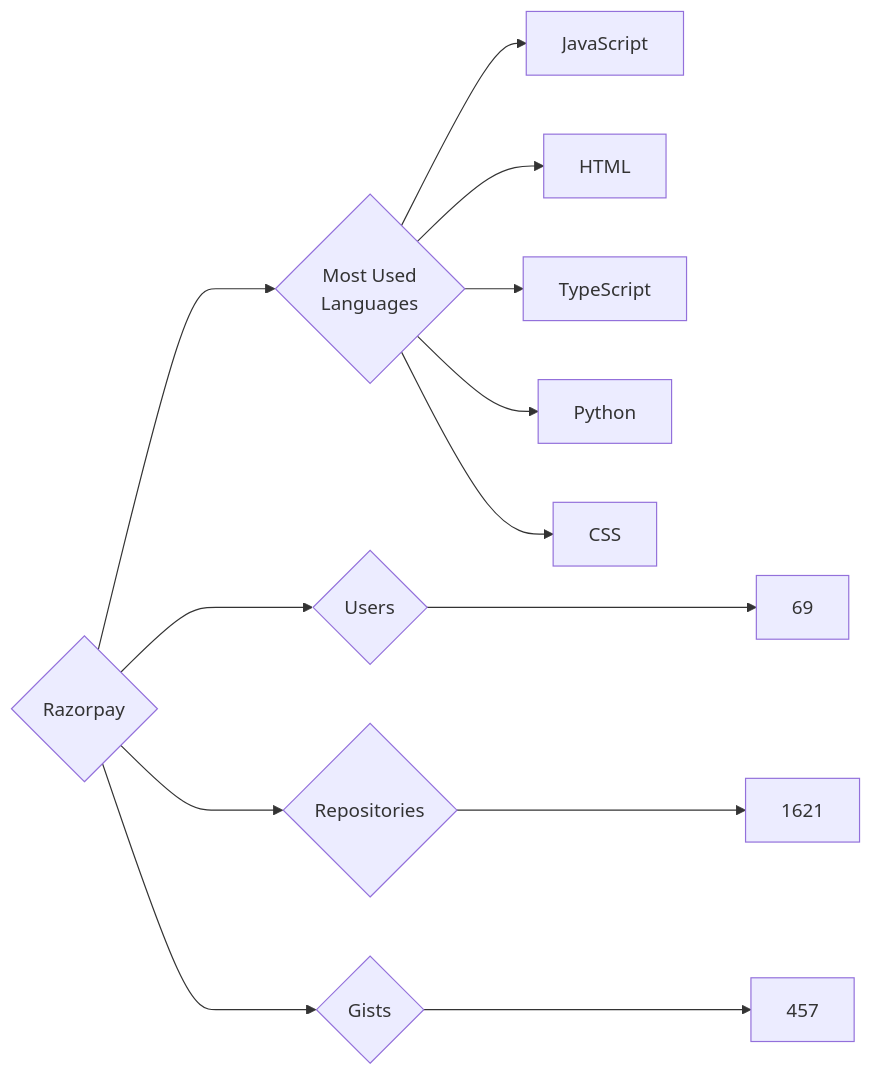
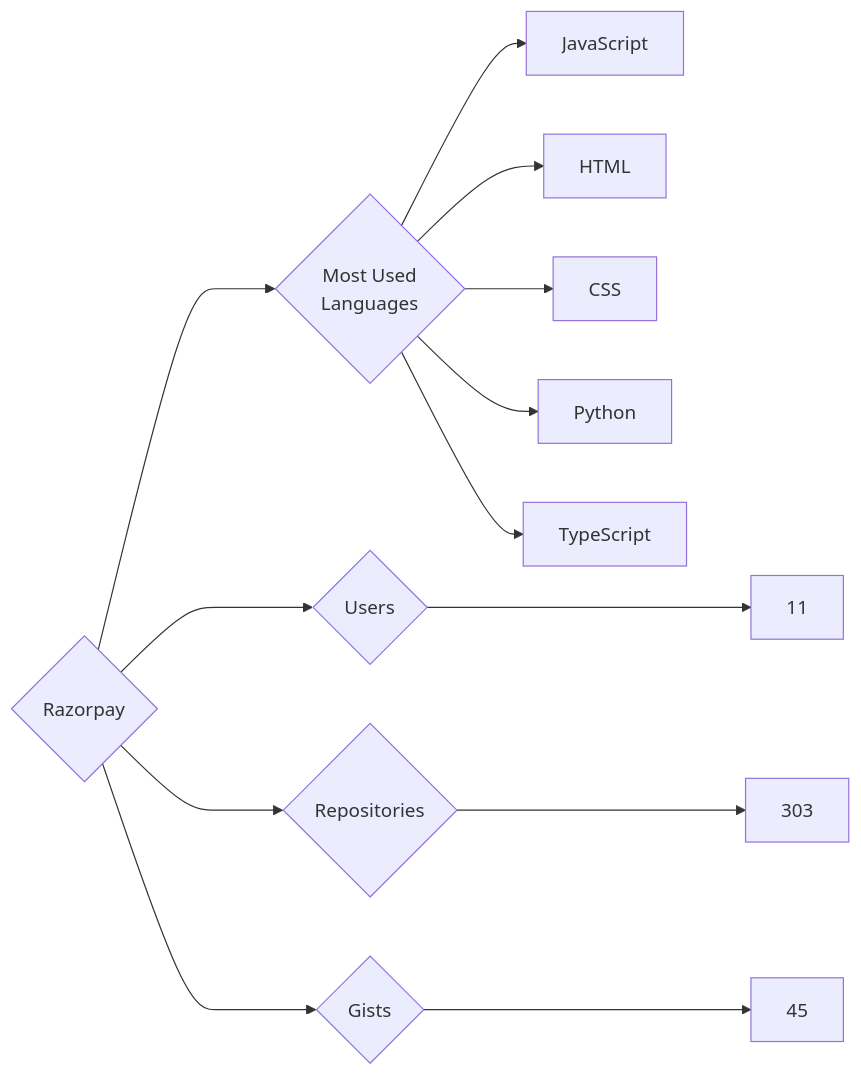
Before and after one commit to trickest/insiders: the diagram in targets/Razorpay/README.md, drawn with Mermaid. The commit also changed 728 other files, not shown here.

````diff
--- a/targets/Razorpay/README.md
+++ b/targets/Razorpay/README.md
@@ -3,13 +3,13 @@
 ```mermaid
 graph LR
 COMPANY_NAME{Razorpay}
-COMPANY_NAME ---> U{Users} ---> UN[69]
-COMPANY_NAME ---> R{Repositories} ---> RN[1621]
-COMPANY_NAME ---> G{Gists} ---> GN[457]
+COMPANY_NAME ---> U{Users} ---> UN[11]
+COMPANY_NAME ---> R{Repositories} ---> RN[303]
+COMPANY_NAME ---> G{Gists} ---> GN[45]
 COMPANY_NAME ---> ML{Most Used<br>Languages}
 ML --> JavaScript[JavaScript]
 ML --> HTML[HTML]
+ML --> CSS[CSS]
+ML --> Python[Python]
 ML --> TypeScript[TypeScript]
-ML --> Python[Python]
-ML --> CSS[CSS]
 ```
````
